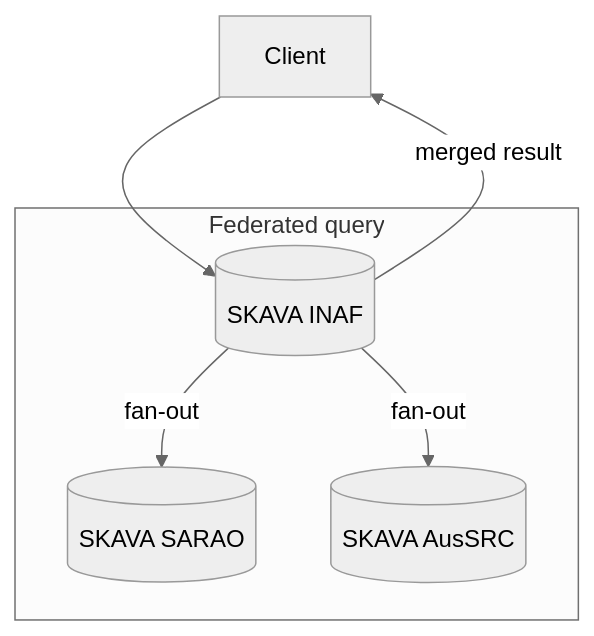
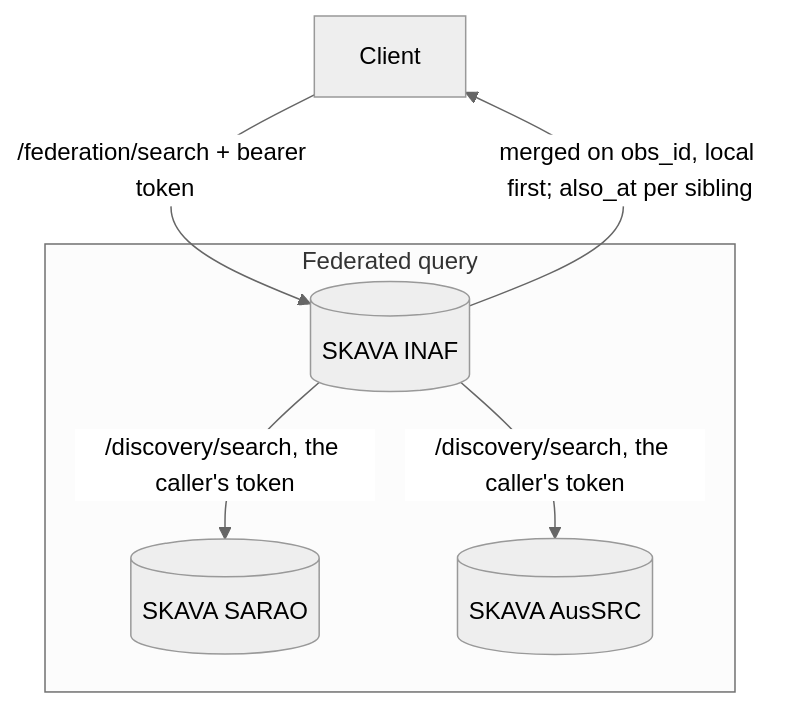
One commit to VisIVOLab/SKAVA changed the seventh of 8 diagrams in docs/architecture/data-flow.md. Above: the diagram before and after it, drawn with Mermaid (neutral theme). The commit also changed other lines of this file and 51 other files, not shown here.

````diff
--- a/docs/architecture/data-flow.md
+++ b/docs/architecture/data-flow.md
@@ -98,12 +98,12 @@
 ```{mermaid}
 flowchart TB
-    Client --> SKAVA_IT
+    Client -->|"/federation/search + bearer token"| SKAVA_IT
     subgraph fed["Federated query"]
         SKAVA_IT[(SKAVA INAF)]
         SKAVA_ZA[(SKAVA SARAO)]
         SKAVA_AU[(SKAVA AusSRC)]
     end
-    SKAVA_IT -->|fan-out| SKAVA_ZA
-    SKAVA_IT -->|fan-out| SKAVA_AU
-    SKAVA_IT -- merged result --> Client
+    SKAVA_IT -->|"/discovery/search, the caller's token"| SKAVA_ZA
+    SKAVA_IT -->|"/discovery/search, the caller's token"| SKAVA_AU
+    SKAVA_IT -- "merged on obs_id, local first; also_at per sibling" --> Client
 ```
````
